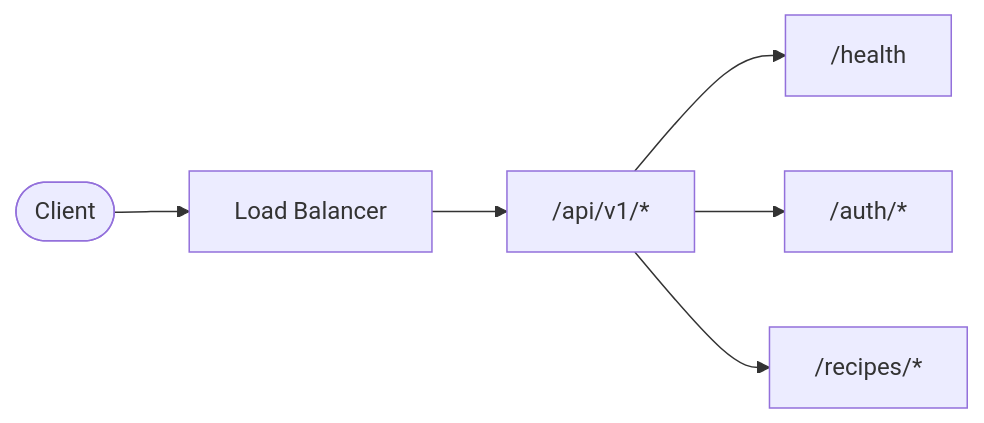
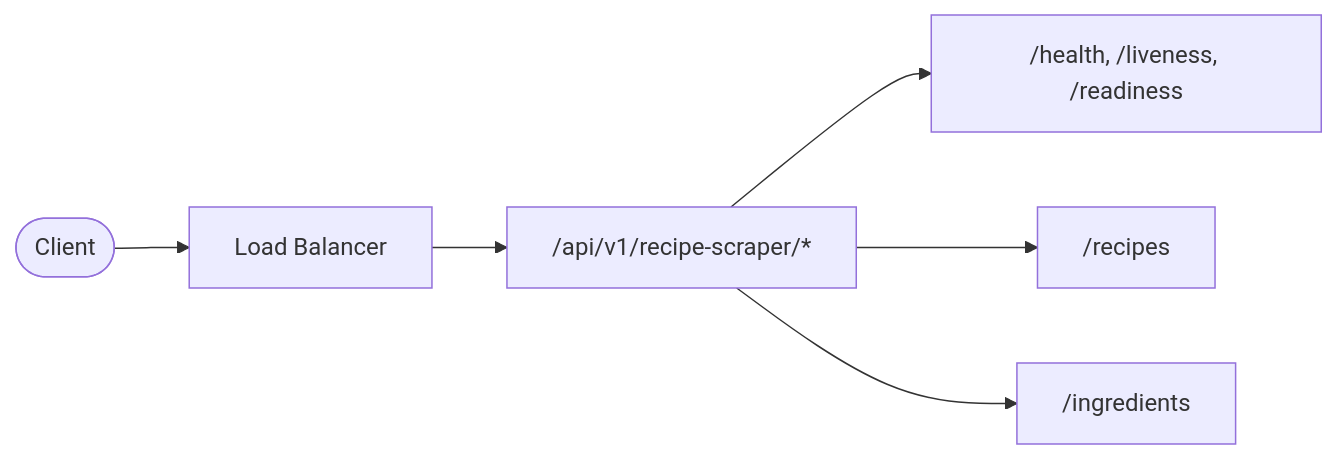
Before and after one commit to Recipe-Web-App/recipe-scraper-service: the first of 5 diagrams in docs/api.md, drawn with Mermaid. The commit also changed other lines of this file and 23 other files, not shown here.

````diff
--- a/docs/api.md
+++ b/docs/api.md
@@ -17,8 +20,8 @@
 ```mermaid
 flowchart LR
     Client([Client]) --> LB[Load Balancer]
-    LB --> API["/api/v1/*"]
-    API --> Health["/health"]
-    API --> Auth["/auth/*"]
-    API --> Future["/recipes/*"]
+    LB --> API["/api/v1/recipe-scraper/*"]
+    API --> Health["/health, /liveness, /readiness"]
+    API --> Recipes["/recipes"]
+    API --> Ingredients["/ingredients"]
 ```
````
